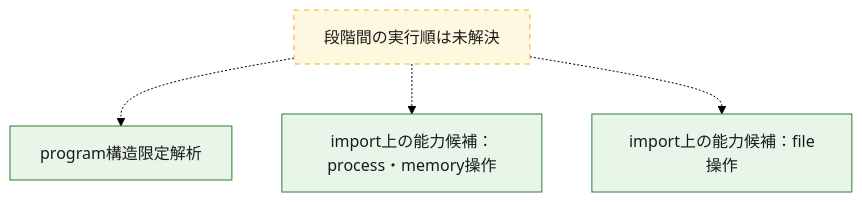
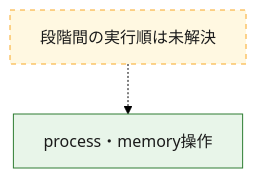
The first of 3 diagrams in analysis-results/malware/vidar/versions/unknown/cases/f940197516c5a27c882ce2154aefeaaf81879f9e4ae2949d6303aad45c68ecca/OVERALL-LOGIC.md (proshiba/AI-security-analysis), drawn with Mermaid (forest theme) before and after one commit. The commit also changed other lines of this file and 1743 other files, not shown here.

````diff
--- a/analysis-results/malware/vidar/versions/unknown/cases/f940197516c5a27c882ce2154aefeaaf81879f9e4ae2949d6303aad45c68ecca/OVERALL-LOGIC.md
+++ b/analysis-results/malware/vidar/versions/unknown/cases/f940197516c5a27c882ce2154aefeaaf81879f9e4ae2949d6303aad45c68ecca/OVERALL-LOGIC.md
@@ -16,14 +16,10 @@
 ```mermaid
 flowchart TD
-  exec_01["program構造限定解析"]
-  exec_02["import上の能力候補：process・memory操作"]
-  exec_03["import上の能力候補：file操作"]
+  exec_01["process・memory操作"]
   exec_unknown["段階間の実行順は未解決"]
   exec_unknown -.-> exec_01
-  exec_unknown -.-> exec_02
-  exec_unknown -.-> exec_03
   class exec_unknown unresolved
-  class exec_01,exec_02,exec_03 confirmed
+  class exec_01 confirmed
   classDef confirmed fill:#e8f5e9,stroke:#2e7d32,color:#1b1b1b
   classDef unresolved fill:#fff8e1,stroke:#f9a825,color:#1b1b1b,stroke-dasharray:5 5
 ```
````
